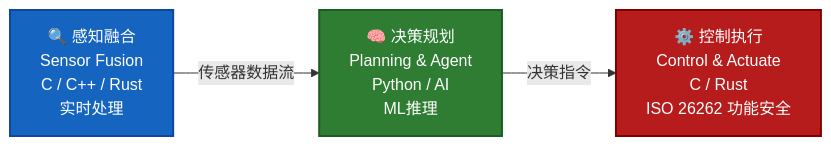
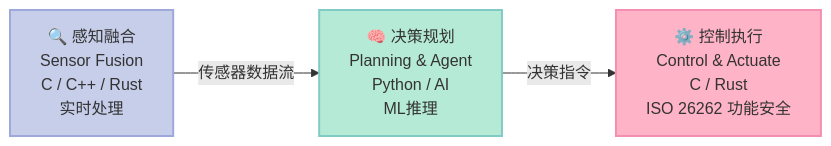
The first of 4 diagrams in _posts/2026-04-15-automotive-soc-agent-language-analysis.md (xuqi2024/xuqi2024.github.io), drawn with Mermaid before and after one commit. The commit also changed other lines of this file and 2 other files, not shown here.

````diff
--- a/_posts/2026-04-15-automotive-soc-agent-language-analysis.md
+++ b/_posts/2026-04-15-automotive-soc-agent-language-analysis.md
@@ -31,13 +45,13 @@
 ```mermaid
 graph LR
     SF["🔍 感知融合\nSensor Fusion\nC / C++ / Rust\n实时处理"]
     PP["🧠 决策规划\nPlanning & Agent\nPython / AI\nML推理"]
     CA["⚙️ 控制执行\nControl & Actuate\nC / Rust\nISO 26262 功能安全"]
 
     SF -->|"传感器数据流"| PP
     PP -->|"决策指令"| CA
 
-    style SF fill:#1565C0,color:#fff,stroke:#0D47A1,stroke-width:2px
-    style PP fill:#2E7D32,color:#fff,stroke:#1B5E20,stroke-width:2px
-    style CA fill:#B71C1C,color:#fff,stroke:#7F0000,stroke-width:2px
+    style SF fill:#C7CEEA,stroke:#9FA8DA,color:#333,stroke-width:2px
+    style PP fill:#B5EAD7,stroke:#80CBC4,color:#333,stroke-width:2px
+    style CA fill:#FFB3C6,stroke:#F48FB1,color:#333,stroke-width:2px
 ```
````
